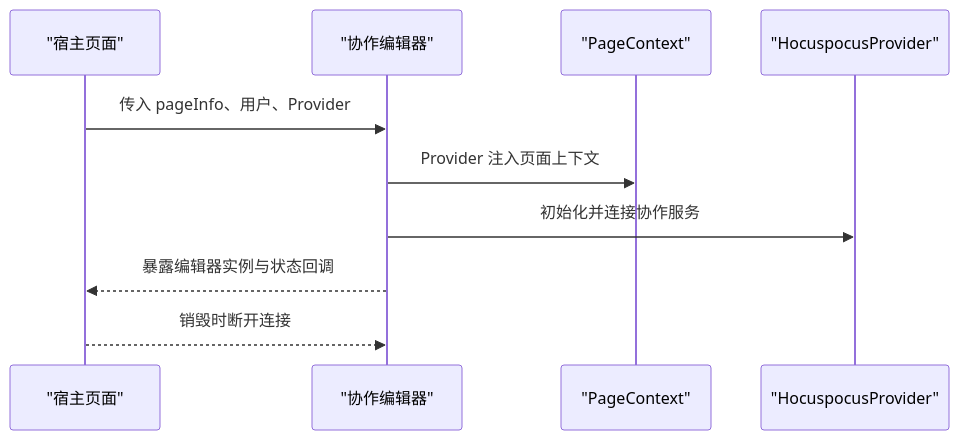
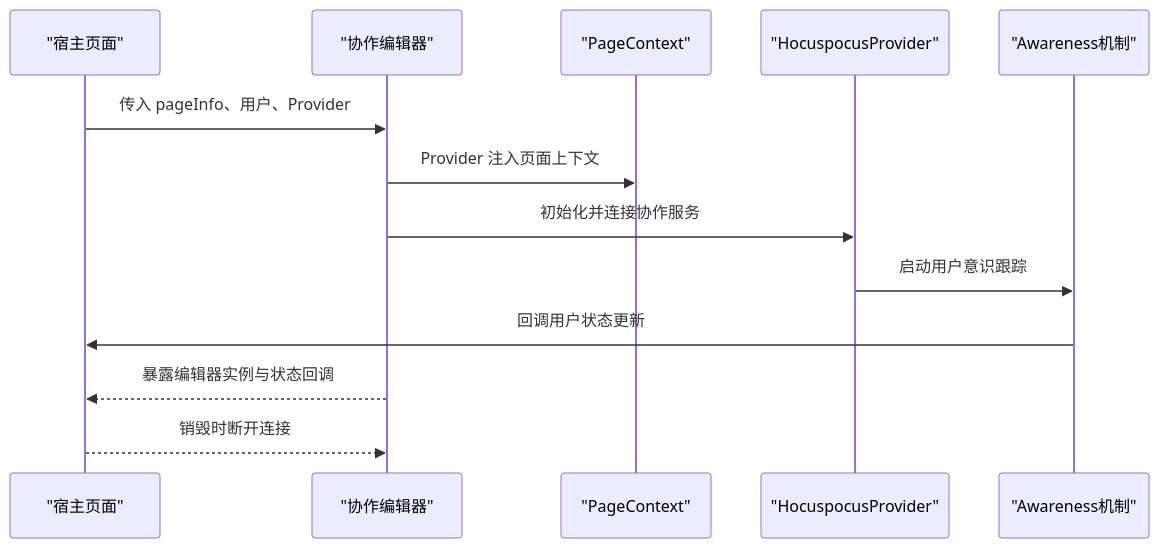
Before and after one commit to LRF0422/Kotion: the seventh of 11 diagrams in .qoder/repowiki/zh/content/核心模块/编辑器核心内核/编辑器上下文管理.md, drawn with Mermaid. The commit also changed other lines of this file and 75 other files, not shown here.

````diff
--- a/.qoder/repowiki/zh/content/核心模块/编辑器核心内核/编辑器上下文管理.md
+++ b/.qoder/repowiki/zh/content/核心模块/编辑器核心内核/编辑器上下文管理.md
@@ -308,12 +343,15 @@
 ```mermaid
 sequenceDiagram
 participant Host as "宿主页面"
 participant Collab as "协作编辑器"
 participant Ctx as "PageContext"
 participant Prov as "HocuspocusProvider"
+participant Aware as "Awareness机制"
 Host->>Collab : 传入 pageInfo、用户、Provider
 Collab->>Ctx : Provider 注入页面上下文
 Collab->>Prov : 初始化并连接协作服务
+Prov->>Aware : 启动用户意识跟踪
+Aware->>Host : 回调用户状态更新
 Collab-->>Host : 暴露编辑器实例与状态回调
 Host-->>Collab : 销毁时断开连接
 ```
````
